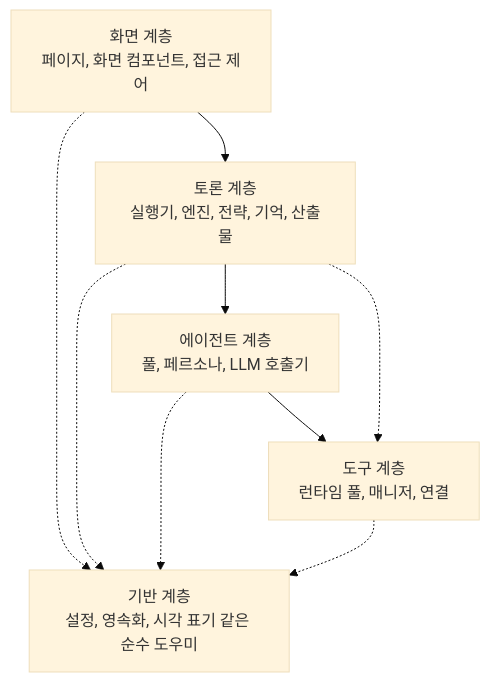
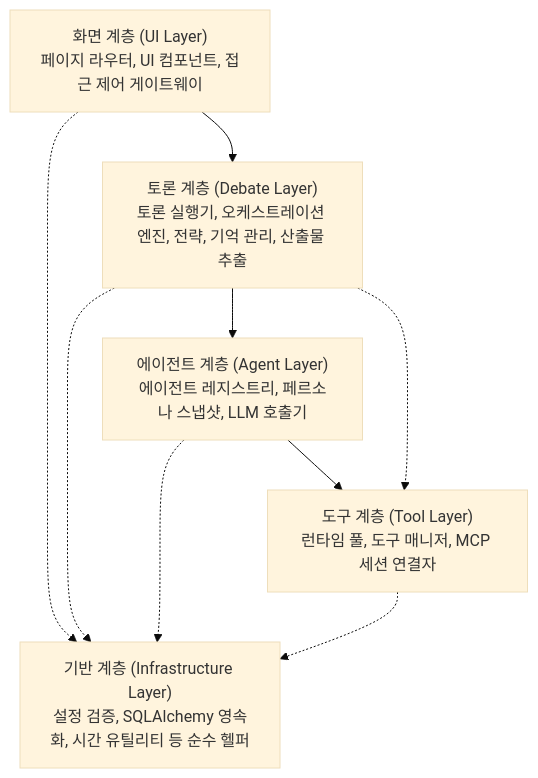
The fifth of 7 diagrams in lectures/03-architecture/01-static-view.md (HaJaehee/MultiAgentDebateAndOrchestrationPlatform), drawn with Mermaid (base theme) before and after one commit. The commit also changed other lines of this file and 39 other files, not shown here.

````diff
--- a/lectures/03-architecture/01-static-view.md
+++ b/lectures/03-architecture/01-static-view.md
@@ -281,17 +257,17 @@
 ```mermaid
 flowchart TB
-    ui["화면 계층<br/>페이지, 화면 컴포넌트, 접근 제어"]
-    orch["토론 계층<br/>실행기, 엔진, 전략, 기억, 산출물"]
-    agent["에이전트 계층<br/>풀, 페르소나, LLM 호출기"]
-    tool["도구 계층<br/>런타임 풀, 매니저, 연결"]
-    base["기반 계층<br/>설정, 영속화, 시각 표기 같은 순수 도우미"]
+    ui["화면 계층 (UI Layer)<br/>페이지 라우터, UI 컴포넌트, 접근 제어 게이트웨이"]
+    orch["토론 계층 (Debate Layer)<br/>토론 실행기, 오케스트레이션 엔진, 전략, 기억 관리, 산출물 추출"]
+    agent["에이전트 계층 (Agent Layer)<br/>에이전트 레지스트리, 페르소나 스냅샷, LLM 호출기"]
+    tool["도구 계층 (Tool Layer)<br/>런타임 풀, 도구 매니저, MCP 세션 연결자"]
+    base["기반 계층 (Infrastructure Layer)<br/>설정 검증, SQLAlchemy 영속화, 시간 유틸리티 등 순수 헬퍼"]
 
     ui --> orch
     orch --> agent
     agent --> tool
     ui -.-> base
     orch -.-> base
     agent -.-> base
     tool -.-> base
     orch -.-> tool
 ```
````
